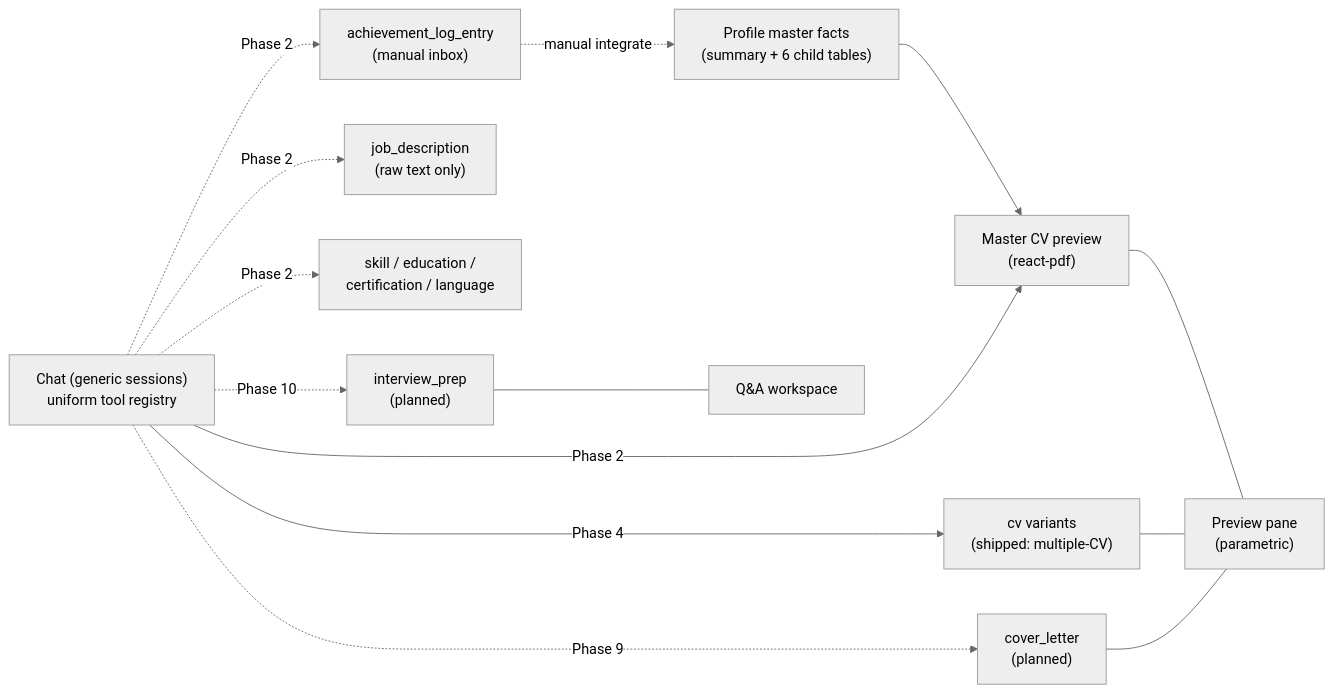
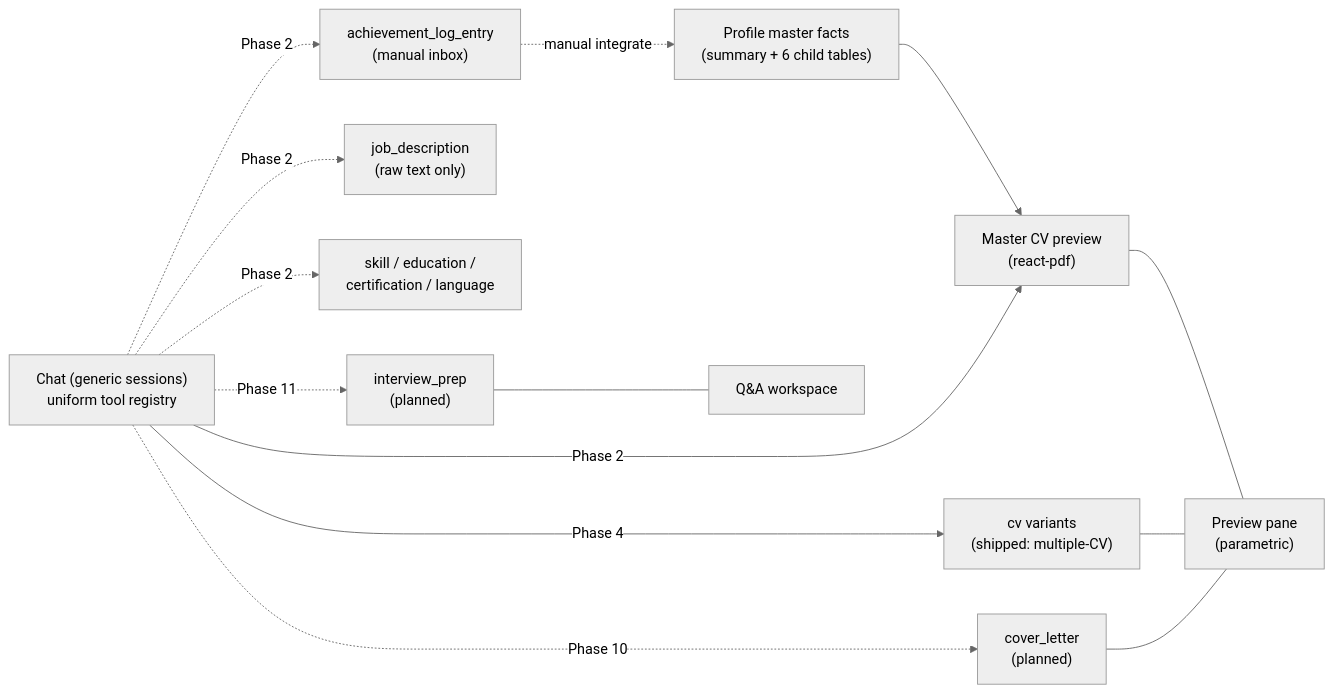
Before and after one commit to glabunskis/CVere: the diagram in .cursor/plans/cvere_roadmap_and_next_steps_2c12538b.plan.md, drawn with Mermaid (neutral theme). The commit also changed other lines of this file, not shown here.

Commit message:
Added model improvement phase

````diff
--- a/.cursor/plans/cvere_roadmap_and_next_steps_2c12538b.plan.md
+++ b/.cursor/plans/cvere_roadmap_and_next_steps_2c12538b.plan.md
@@ -156,15 +160,15 @@
 ```mermaid
 flowchart LR
   Profile["Profile master facts<br/>(summary + 6 child tables)"] --> Master["Master CV preview<br/>(react-pdf)"]
   Achievements["achievement_log_entry<br/>(manual inbox)"] -. manual integrate .-> Profile
   Vacancies["job_description<br/>(raw text only)"]
   Chat["Chat (generic sessions)<br/>uniform tool registry"] -- Phase 2 --> Master
   Chat -. Phase 2 .-> Achievements
   Chat -. Phase 2 .-> Vacancies
   Chat -. Phase 2 .-> Skills["skill / education /<br/>certification / language"]
   Chat -- Phase 4 --> Tailored["cv variants<br/>(shipped: multiple-CV)"]
-  Chat -. Phase 9 .-> Letter["cover_letter<br/>(planned)"]
-  Chat -. Phase 10 .-> Interview["interview_prep<br/>(planned)"]
+  Chat -. Phase 10 .-> Letter["cover_letter<br/>(planned)"]
+  Chat -. Phase 11 .-> Interview["interview_prep<br/>(planned)"]
   Master & Tailored & Letter --- Preview["Preview pane<br/>(parametric)"]
   Interview --- Workspace["Q&A workspace"]
 ```
````
